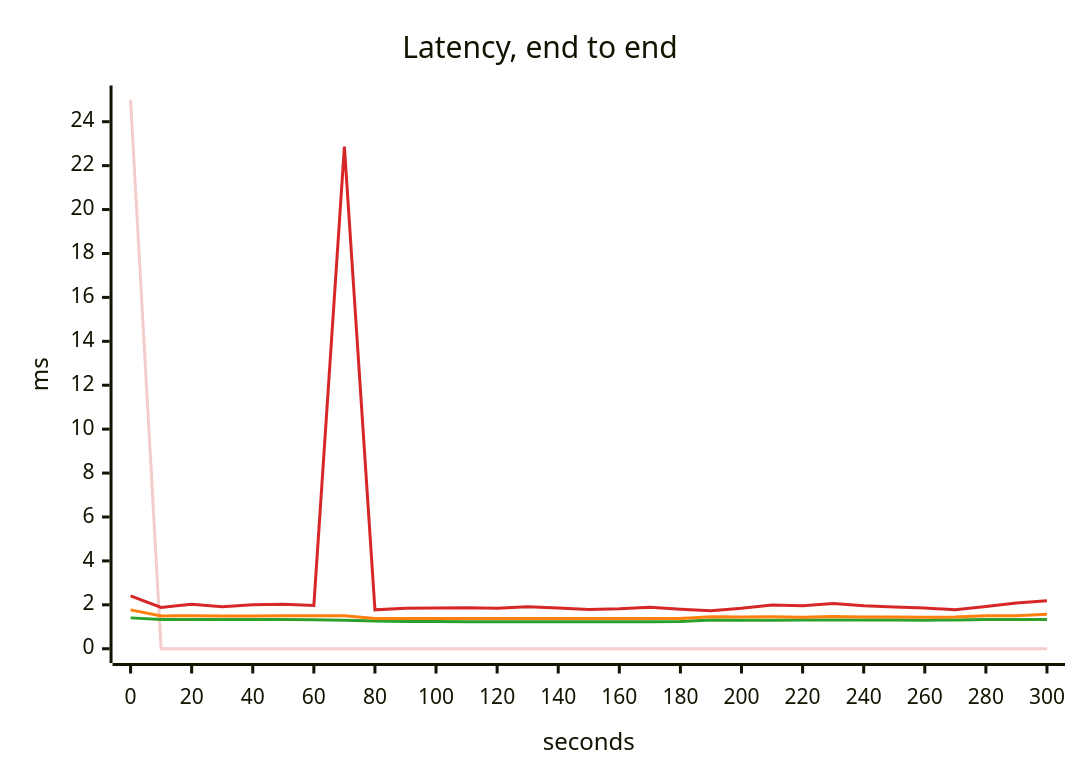
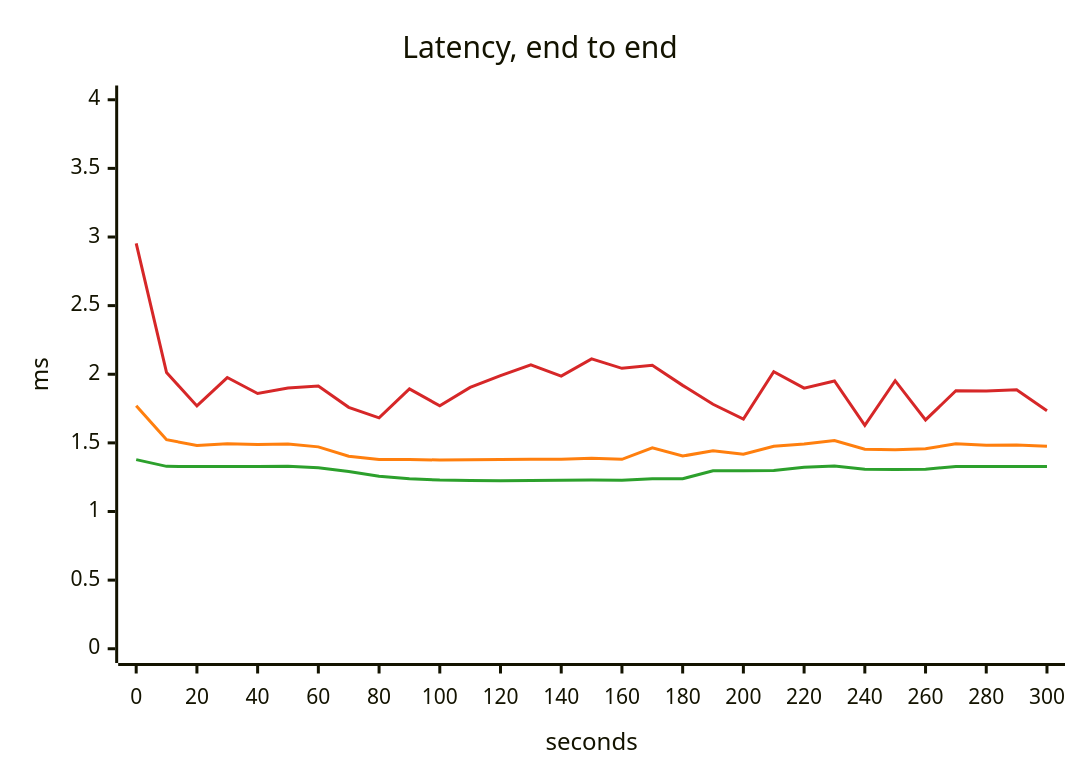
Before and after one commit to akinfemi/load-lore: the third of 5 diagrams in scenarios/flash-sale/solutions/queue-the-orders/report.md, drawn with Mermaid. The commit also changed other lines of this file and 125 other files, not shown here.

````diff
--- a/scenarios/flash-sale/solutions/queue-the-orders/report.md
+++ b/scenarios/flash-sale/solutions/queue-the-orders/report.md
@@ -61,17 +60,16 @@
 ```mermaid
 ---
 config:
   themeVariables:
     xyChart:
       backgroundColor: "transparent"
-      plotColorPalette: "#f4cccc, #2ca02c, #ff7f0e, #d62728"
+      plotColorPalette: "#2ca02c, #ff7f0e, #d62728"
 ---
 xychart-beta
     title "Latency, end to end"
     x-axis "seconds" 0 --> 300
-    y-axis "ms" 0 --> 25
-    line [25, 0, 0, 0, 0, 0, 0, 0, 0, 0, 0, 0, 0, 0, 0, 0, 0, 0, 0, 0, 0, 0, 0, 0, 0, 0, 0, 0, 0, 0, 0]
-    line [1.406, 1.331, 1.337, 1.333, 1.333, 1.334, 1.326, 1.303, 1.262, 1.244, 1.236, 1.23, 1.225, 1.225, 1.229, 1.229, 1.228, 1.229, 1.242, 1.306, 1.303, 1.303, 1.304, 1.305, 1.304, 1.305, 1.303, 1.306, 1.334, 1.332, 1.334]
-    line [1.771, 1.491, 1.505, 1.496, 1.495, 1.502, 1.503, 1.504, 1.381, 1.38, 1.379, 1.38, 1.377, 1.378, 1.378, 1.376, 1.378, 1.38, 1.378, 1.455, 1.446, 1.454, 1.438, 1.464, 1.451, 1.444, 1.433, 1.446, 1.503, 1.502, 1.572]
-    line [2.41, 1.884, 2.029, 1.917, 2.008, 2.029, 1.975, 22.865, 1.772, 1.845, 1.86, 1.87, 1.843, 1.917, 1.859, 1.785, 1.819, 1.89, 1.799, 1.731, 1.845, 1.997, 1.953, 2.059, 1.953, 1.899, 1.856, 1.776, 1.928, 2.078, 2.188]
+    y-axis "ms" 0 --> 4
+    line [1.378, 1.329, 1.328, 1.328, 1.328, 1.329, 1.319, 1.292, 1.257, 1.239, 1.229, 1.226, 1.224, 1.225, 1.227, 1.229, 1.228, 1.238, 1.239, 1.296, 1.296, 1.299, 1.322, 1.331, 1.308, 1.306, 1.308, 1.328, 1.328, 1.327, 1.327]
+    line [1.771, 1.523, 1.481, 1.493, 1.489, 1.492, 1.471, 1.403, 1.379, 1.379, 1.375, 1.377, 1.379, 1.38, 1.38, 1.388, 1.38, 1.464, 1.404, 1.443, 1.417, 1.475, 1.491, 1.517, 1.454, 1.45, 1.457, 1.494, 1.482, 1.485, 1.476]
+    line [2.954, 2.012, 1.769, 1.976, 1.86, 1.899, 1.914, 1.759, 1.682, 1.893, 1.77, 1.904, 1.99, 2.069, 1.986, 2.112, 2.043, 2.065, 1.919, 1.781, 1.674, 2.018, 1.899, 1.951, 1.628, 1.953, 1.667, 1.88, 1.878, 1.887, 1.734]
 ```
````
